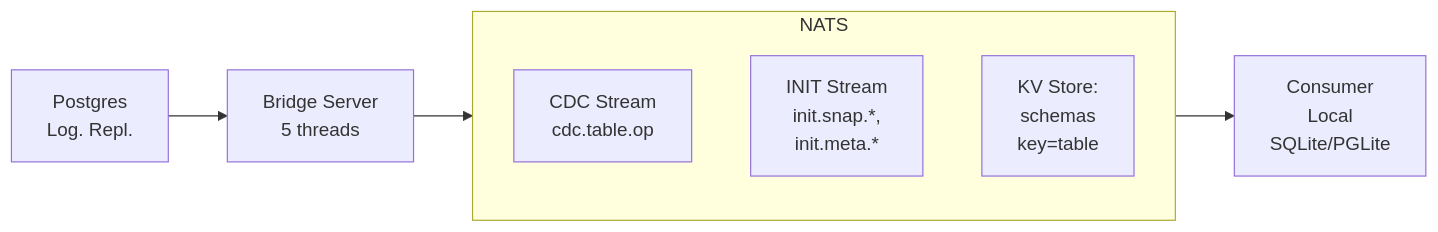
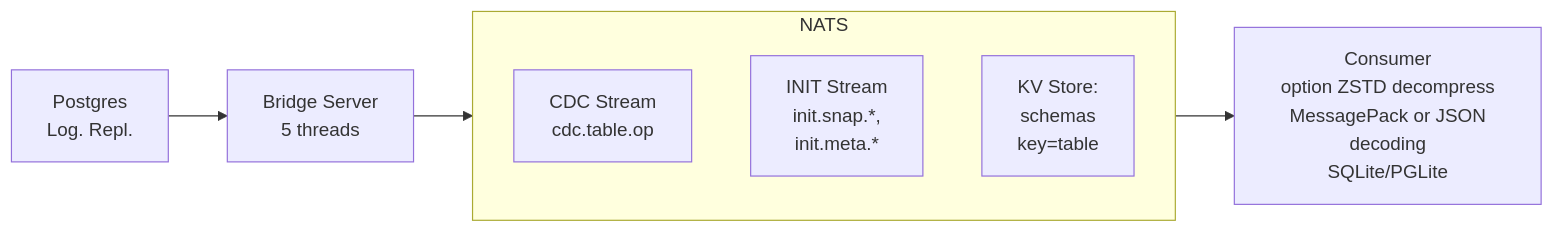
Before and after one commit to ndrean/PG-CDC-NATS-BRIDGE: the first of 2 diagrams in README.md, drawn with Mermaid. The commit also changed other lines of this file and 14 other files, not shown here.

````diff
--- a/README.md
+++ b/README.md
@@ -9,13 +11,13 @@
 ```mermaid
 flowchart LR
     PG[Postgres<br/>Log. Repl.] --> Bridge[Bridge Server<br/>5 threads]
     Bridge --> NATS[NATS JetStream]
 
     subgraph NATS
         CDC[CDC Stream<br>cdc.table.op]
         INIT[INIT Stream<br>init.snap.*, <br>init.meta.*]
         KV[KV Store: <br>schemas<br>key=table]
     end
 
-    NATS --> Consumer[Consumer<br>Local <br>SQLite/PGLite]
+    NATS --> Consumer[Consumer<br>option ZSTD decompress<br> MessagePack or JSON decoding<br>SQLite/PGLite]
 ```
````
